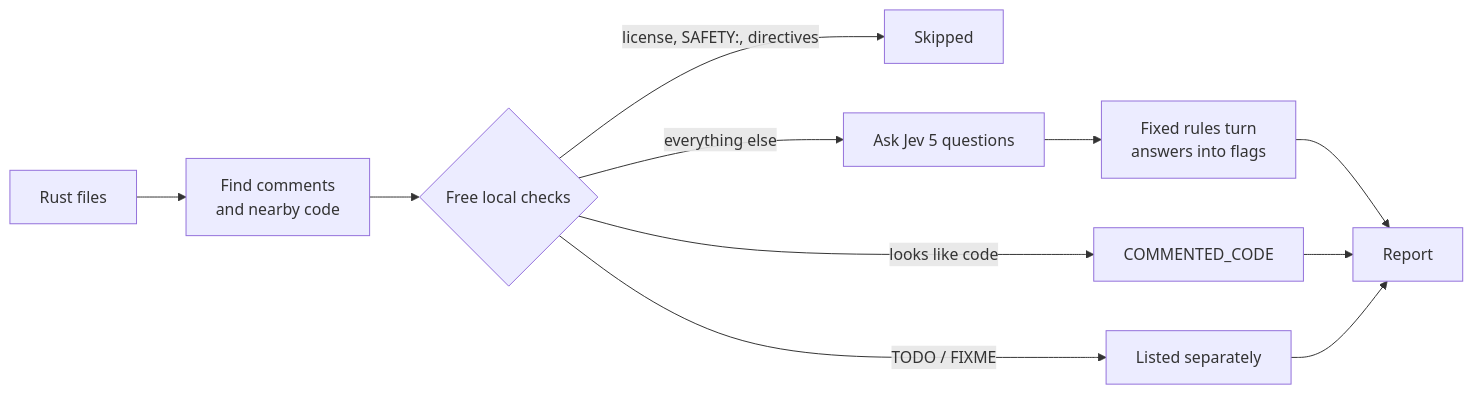
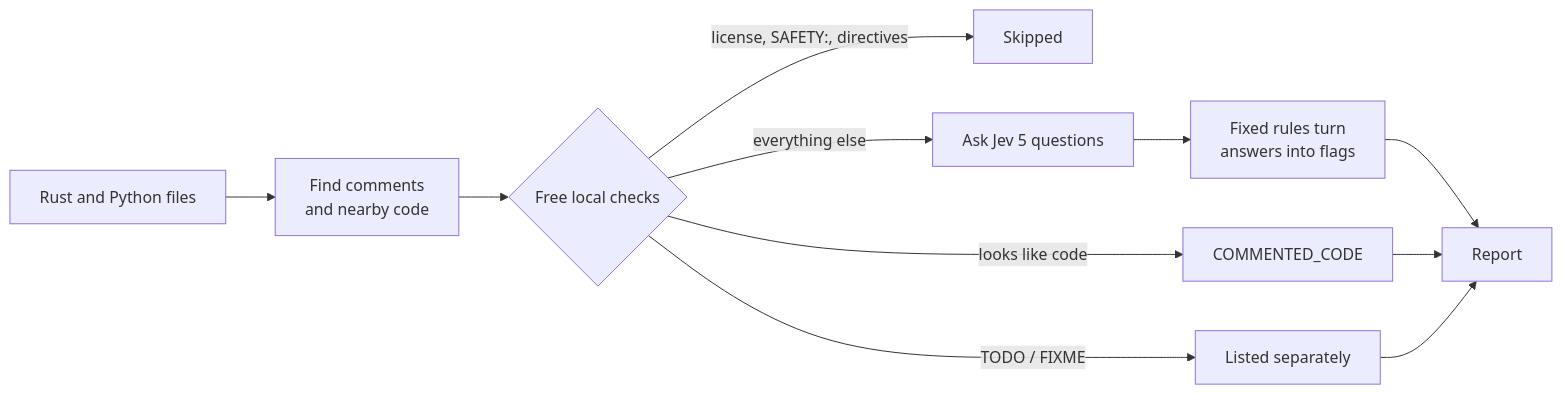
The diagram in README.md (santiagolgzz/comment-linter), drawn with Mermaid before and after one commit. The commit also changed other lines of this file and 3 other files, not shown here.

````diff
--- a/README.md
+++ b/README.md
@@ -263,13 +263,13 @@
 ```mermaid
 flowchart LR
-    A[Rust files] --> B[Find comments<br/>and nearby code]
+    A[Rust and Python files] --> B[Find comments<br/>and nearby code]
     B --> C{Free local checks}
     C -->|TODO / FIXME| T[Listed separately]
     C -->|looks like code| K[COMMENTED_CODE]
     C -->|license, SAFETY:, directives| S[Skipped]
     C -->|everything else| D[Ask Jev 5 questions]
     D --> E[Fixed rules turn<br/>answers into flags]
     E --> R[Report]
     K --> R
     T --> R
 ```
````
